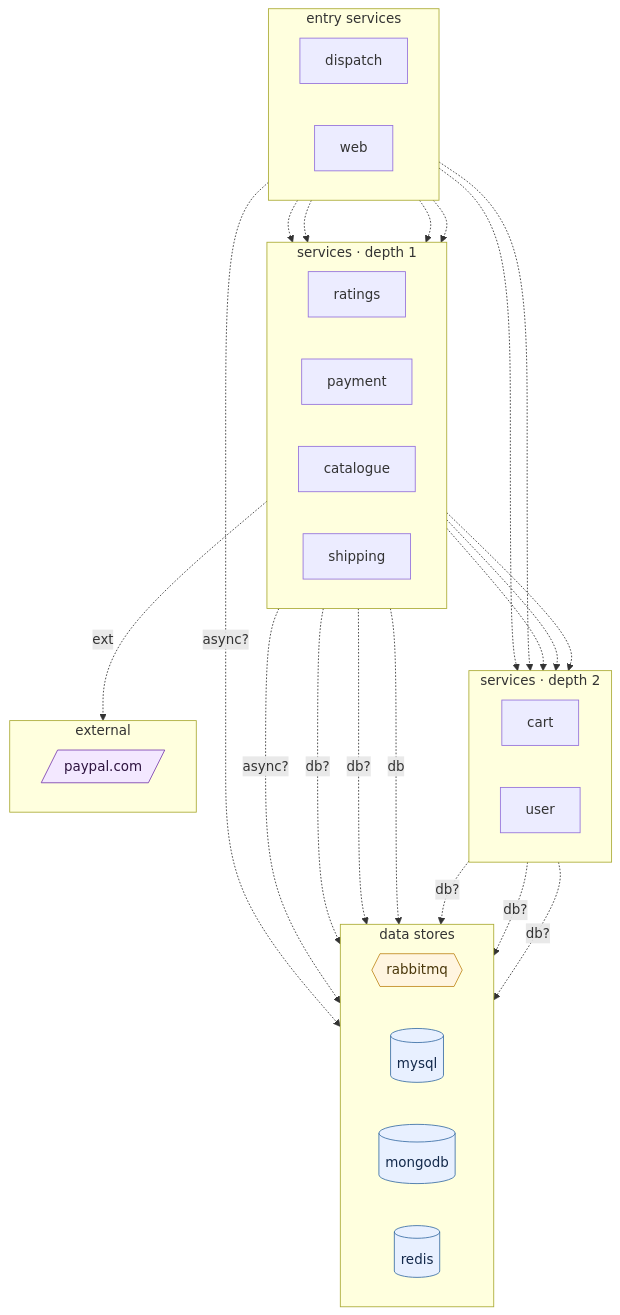
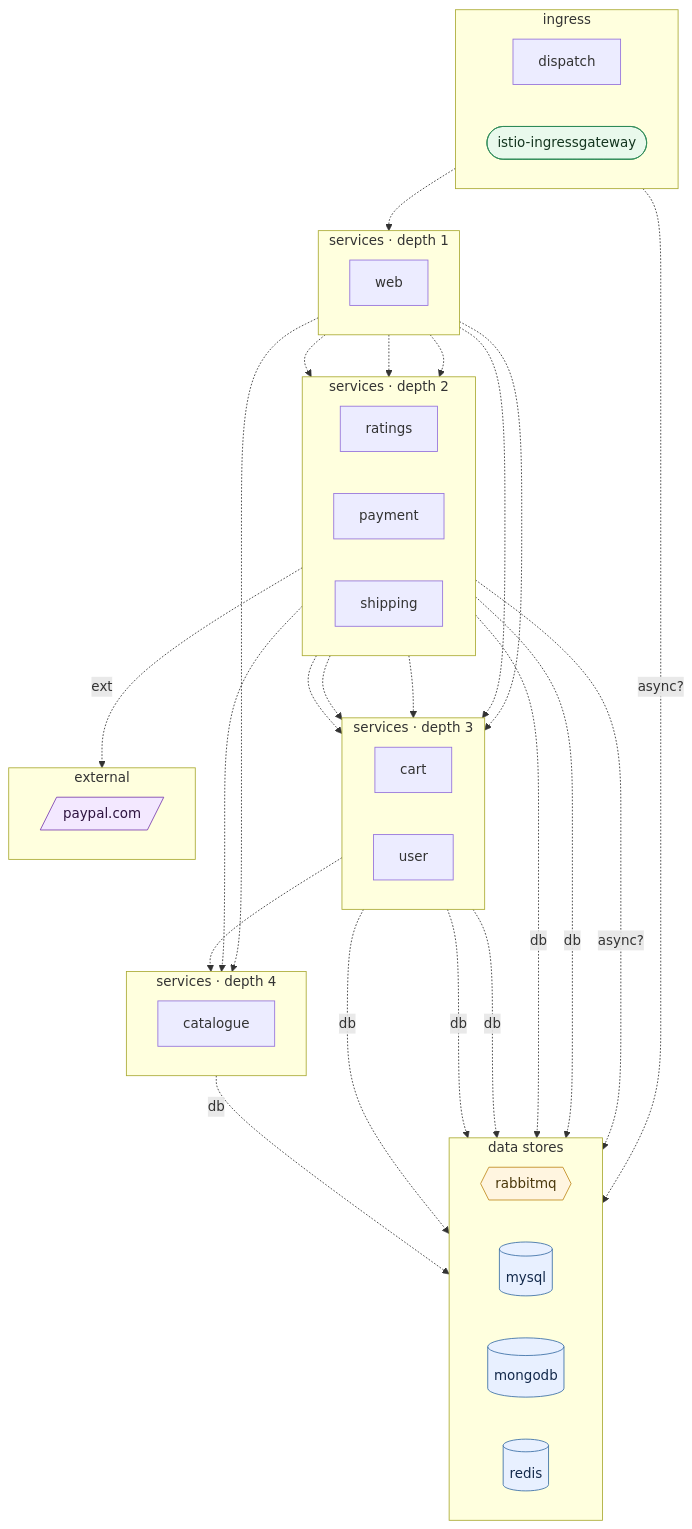
Before and after one commit to ANYuu531/ChatOps4Msa-Pipeline: the diagram in docs/generalization/external/robot-shop.mmd, drawn with Mermaid. The commit also changed 92 other files, not shown here.

```diff
--- a/docs/generalization/external/robot-shop.mmd
+++ b/docs/generalization/external/robot-shop.mmd
@@ -1,53 +1,64 @@
 flowchart TB
 %% DepWeaver — microservice dependency graph
 %% solid arrow = observed at runtime (Istio) · dashed = declared in code/doc only
 %% node shape: [service] ([gateway]) [(db)] {{queue}} [/external/]
-  subgraph layer0 ["entry services"]
+  subgraph layer0 ["ingress"]
     direction LR
     dispatch["dispatch"]
-    web["web"]
+    istio_ingressgateway(["istio-ingressgateway"]):::gateway
   end
   subgraph layer1 ["services · depth 1"]
     direction LR
+    web["web"]
+  end
+  subgraph layer2 ["services · depth 2"]
+    direction LR
     ratings["ratings"]
     payment["payment"]
-    catalogue["catalogue"]
     shipping["shipping"]
   end
-  subgraph layer2 ["services · depth 2"]
+  subgraph layer3 ["services · depth 3"]
     direction LR
     cart["cart"]
     user["user"]
   end
-  subgraph layer3 ["data stores"]
+  subgraph layer4 ["services · depth 4"]
+    direction LR
+    catalogue["catalogue"]
+  end
+  subgraph layer5 ["data stores"]
     direction LR
     rabbitmq{{"rabbitmq"}}:::queue
     mysql[("mysql")]:::db
     mongodb[("mongodb")]:::db
     redis[("redis")]:::db
   end
-  subgraph layer4 ["external"]
+  subgraph layer6 ["external"]
     direction LR
     paypal_com[/"paypal.com"/]:::external
   end
+  user -. db .-> mongodb
+  cart -.-> catalogue
+  cart -. db .-> redis
+  catalogue -. db .-> mongodb
   shipping -.-> cart
   shipping -. db .-> mysql
   payment -. ext .-> paypal_com
   payment -.-> cart
   payment -.-> user
-  catalogue -. db? .-> mongodb
-  user -. db? .-> mongodb
-  user -. db? .-> redis
-  cart -. db? .-> redis
-  ratings -. db? .-> mysql
+  ratings -.-> catalogue
+  user -. db .-> redis
+  ratings -. db .-> mysql
   payment -. async? .-> rabbitmq
   dispatch -. async? .-> rabbitmq
   web -.-> catalogue
   web -.-> user
   web -.-> shipping
   web -.-> payment
   web -.-> cart
   web -.-> ratings
+  istio_ingressgateway -.-> web
 classDef db fill:#e8f0ff,stroke:#3a6ea5,color:#13294b;
 classDef queue fill:#fff5e0,stroke:#c08a1e,color:#4a370a;
+classDef gateway fill:#e9f9ec,stroke:#2e8b57,color:#14351f;
 classDef external fill:#f3e8ff,stroke:#7a3fb0,color:#2e1440;
```
